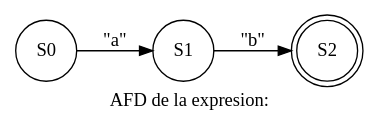
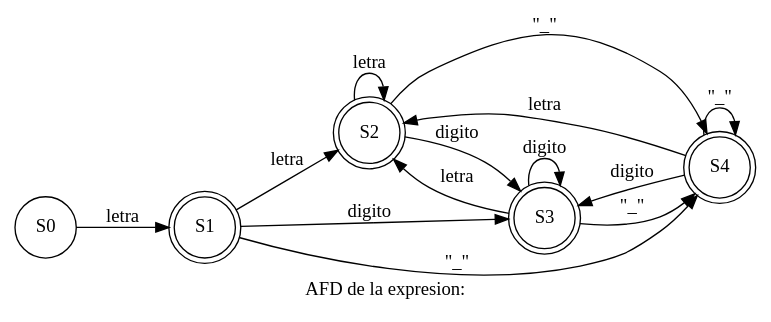
Before and after one commit to elimazariegosr/OLC1_Proyecto1_201709426: the diagram in OLC_Proyecto1_201709426/bin/Debug/afd_er1.dot, drawn with Graphviz. The commit also changed 90 other files, not shown here.

```diff
--- a/OLC_Proyecto1_201709426/bin/Debug/afd_er1.dot
+++ b/OLC_Proyecto1_201709426/bin/Debug/afd_er1.dot
@@ -1,11 +1,24 @@
 digraph dot{
 rankdir=LR;
  node[shape="circle"];
 label = "AFD de la expresion:";
 S0[label = "S0"];
-S0->S1[label="\"a\""];
-S1[label = "S1"];
-S1->S2[label="\"b\""];
-S2[shape = "doublecircle"];S2[label = "S2"];
-
+S0->S1[label="letra"];
+S1[shape = "doublecircle"];S1[label = "S1"];
+S1->S2[label="letra"];
+S2[shape = "doublecircle"];S1->S3[label="digito"];
+S3[shape = "doublecircle"];S1->S4[label="\"_\""];
+S4[shape = "doublecircle"];S2[label = "S2"];
+S2->S2[label="letra"];
+S2[shape = "doublecircle"];S2->S3[label="digito"];
+S3[shape = "doublecircle"];S2->S4[label="\"_\""];
+S4[shape = "doublecircle"];S3[label = "S3"];
+S3->S2[label="letra"];
+S2[shape = "doublecircle"];S3->S3[label="digito"];
+S3[shape = "doublecircle"];S3->S4[label="\"_\""];
+S4[shape = "doublecircle"];S4[label = "S4"];
+S4->S2[label="letra"];
+S2[shape = "doublecircle"];S4->S3[label="digito"];
+S3[shape = "doublecircle"];S4->S4[label="\"_\""];
+S4[shape = "doublecircle"];
 }
```
